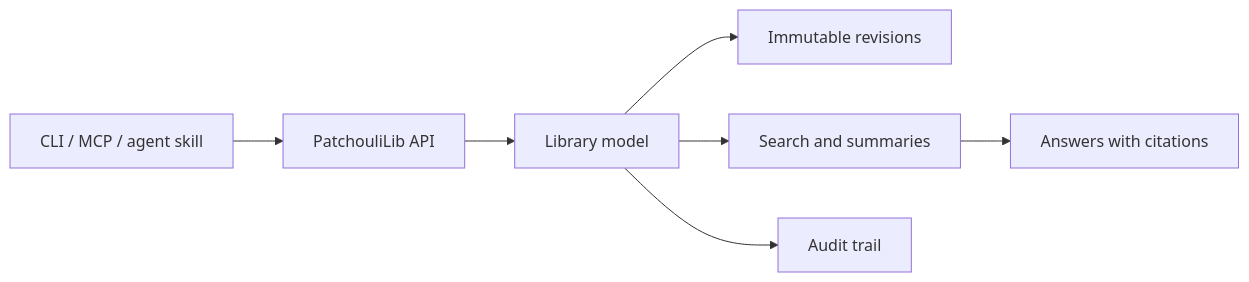
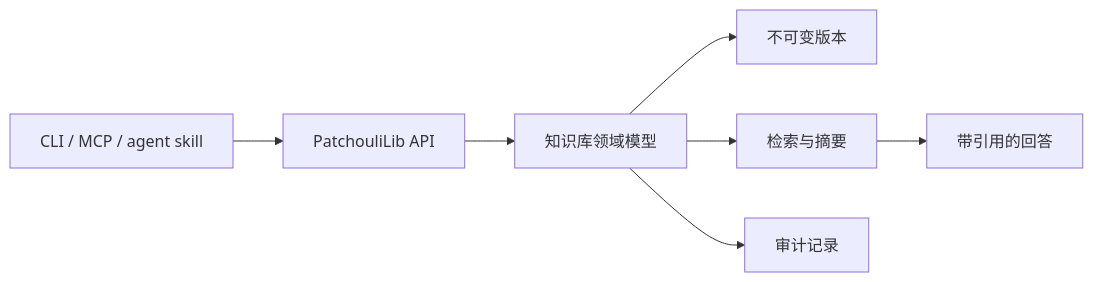
One commit to Vanilla-Yukirin/patchouli-lib changed the diagram in README.md. Above: the diagram before and after it, drawn with Mermaid. The commit also changed other lines of this file and 369 other files, not shown here.

````diff
--- a/README.md
+++ b/README.md
@@ -29,9 +32,9 @@
 ```mermaid
 flowchart LR
     C["CLI / MCP / agent skill"] --> API["PatchouliLib API"]
-    API --> L["Library model"]
-    L --> R["Immutable revisions"]
-    L --> S["Search and summaries"]
-    L --> A["Audit trail"]
-    S --> X["Answers with citations"]
+    API --> L["知识库领域模型"]
+    L --> R["不可变版本"]
+    L --> S["检索与摘要"]
+    L --> A["审计记录"]
+    S --> X["带引用的回答"]
 ```
````
